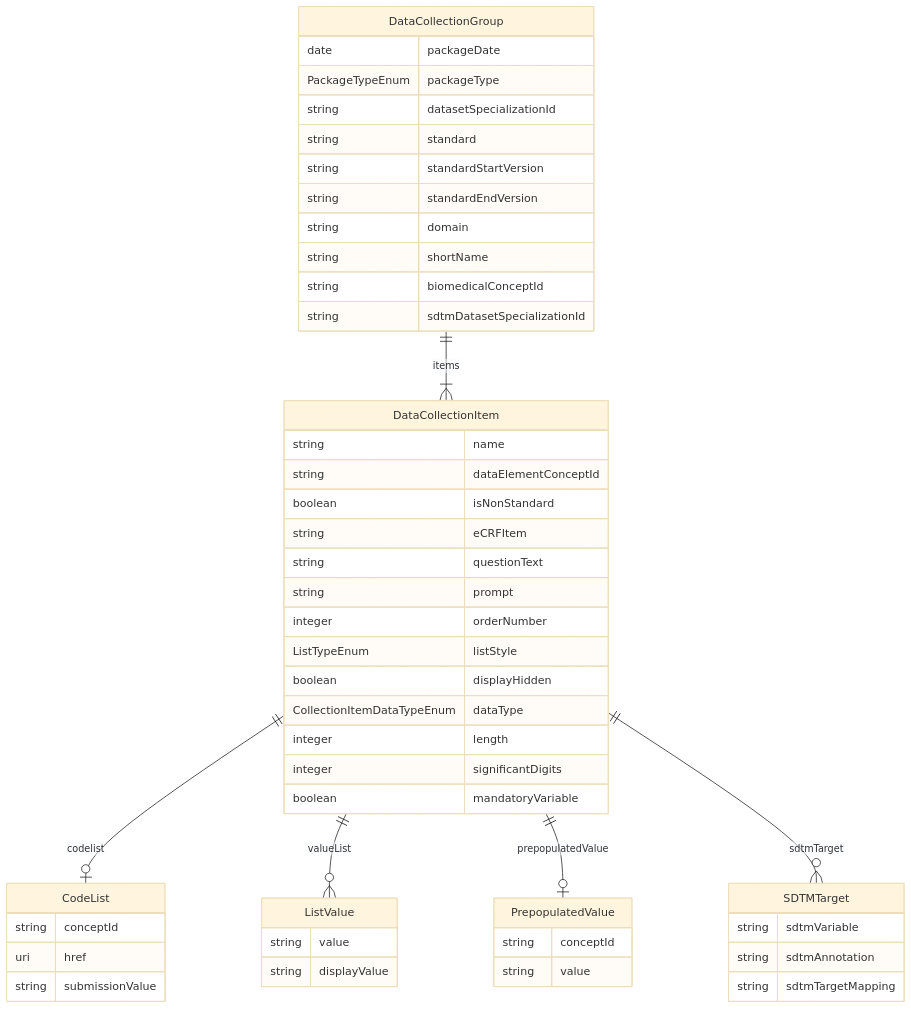
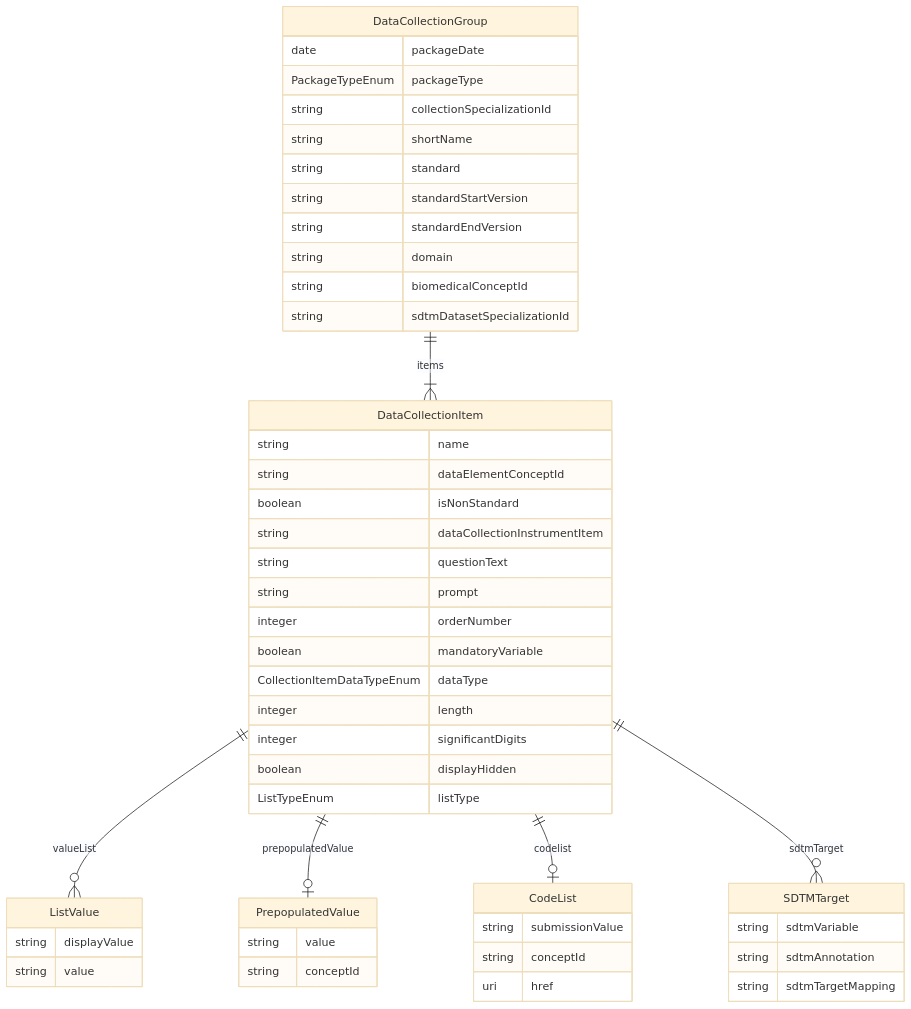
One commit to cdisc-org/COSMoS changed the diagram in model/cosmos_collection_bc_model.md. Above: the diagram before and after it, drawn with Mermaid (base theme). The commit also changed 95 other files, not shown here.

Commit message:
update data collection model

````diff
--- a/model/cosmos_collection_bc_model.md
+++ b/model/cosmos_collection_bc_model.md
@@ -1,55 +1,55 @@
 ```mermaid
 erDiagram
 DataCollectionGroup {
     date packageDate  
     PackageTypeEnum packageType  
-    string datasetSpecializationId  
+    string collectionSpecializationId  
+    string shortName  
     string standard  
     string standardStartVersion  
     string standardEndVersion  
     string domain  
-    string shortName  
     string biomedicalConceptId  
     string sdtmDatasetSpecializationId  
 }
 DataCollectionItem {
     string name  
     string dataElementConceptId  
     boolean isNonStandard  
-    string eCRFItem  
+    string dataCollectionInstrumentItem  
     string questionText  
     string prompt  
     integer orderNumber  
-    ListTypeEnum listStyle  
-    boolean displayHidden  
+    boolean mandatoryVariable  
     CollectionItemDataTypeEnum dataType  
     integer length  
     integer significantDigits  
-    boolean mandatoryVariable  
+    boolean displayHidden  
+    ListTypeEnum listType  
+}
+ListValue {
+    string displayValue  
+    string value  
+}
+PrepopulatedValue {
+    string value  
+    string conceptId  
 }
 CodeList {
+    string submissionValue  
     string conceptId  
     uri href  
-    string submissionValue  
-}
-ListValue {
-    string value  
-    string displayValue  
-}
-PrepopulatedValue {
-    string conceptId  
-    string value  
 }
 SDTMTarget {
     string sdtmVariable  
     string sdtmAnnotation  
     string sdtmTargetMapping  
 }
 
 DataCollectionGroup ||--}| DataCollectionItem : "items"
-DataCollectionItem ||--|o CodeList : "codelist"
 DataCollectionItem ||--}o ListValue : "valueList"
 DataCollectionItem ||--|o PrepopulatedValue : "prepopulatedValue"
+DataCollectionItem ||--|o CodeList : "codelist"
 DataCollectionItem ||--}o SDTMTarget : "sdtmTarget"
 
 ```
````
